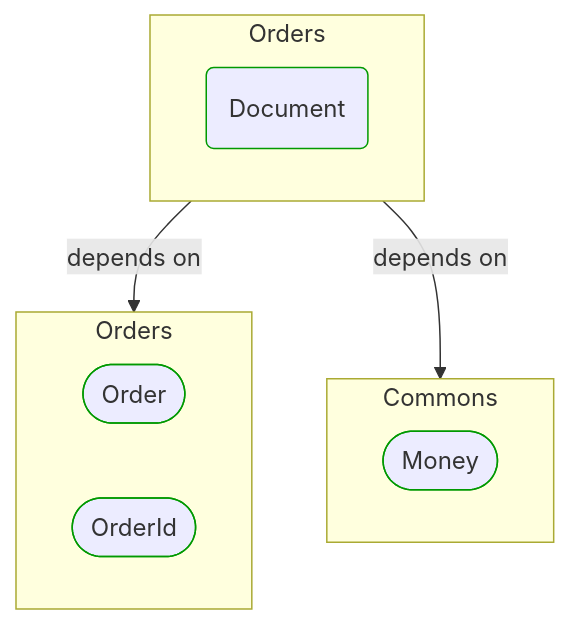
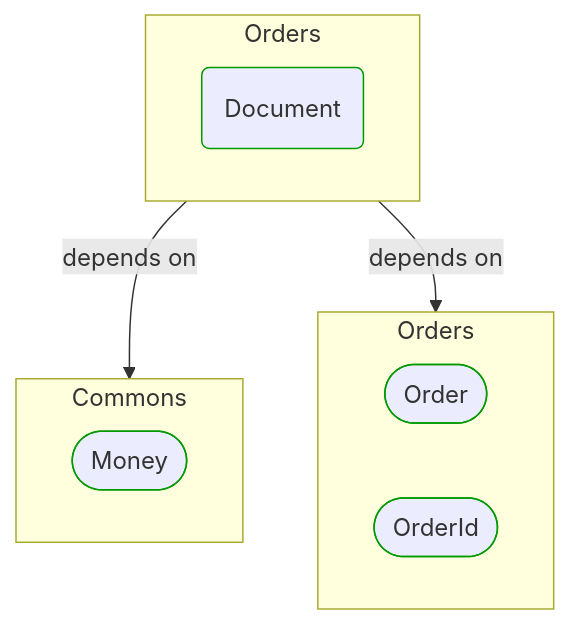
Before and after one commit to itlibrium/DDD-starter-dotnet: the diagram in Docs/P3/MermaidOutput/BuildingBlocks/Sales/Orders/Document.md, drawn with Mermaid. The commit also changed 78 other files, not shown here.

````diff
--- a/Docs/P3/MermaidOutput/BuildingBlocks/Sales/Orders/Document.md
+++ b/Docs/P3/MermaidOutput/BuildingBlocks/Sales/Orders/Document.md
@@ -18,22 +18,22 @@
 ```mermaid
   flowchart TB
     subgraph 0["Orders"]
       1(Document)
       class 1 DomainPerspective
     end
-    subgraph 2["Orders"]
-      3([Order])
+    subgraph 2["Commons"]
+      3([Money])
       class 3 DomainPerspective
-      4([OrderId])
-      class 4 DomainPerspective
     end
-    subgraph 5["Commons"]
-      6([Money])
+    subgraph 4["Orders"]
+      5([Order])
+      class 5 DomainPerspective
+      6([OrderId])
       class 6 DomainPerspective
     end
     0-->|depends on|2
-    0-->|depends on|5
+    0-->|depends on|4
     classDef DomainPerspective stroke:#009900
     classDef TechnologyPerspective stroke:#1F41EB
     classDef PeoplePerspective stroke:#FFF014
 ```
````
